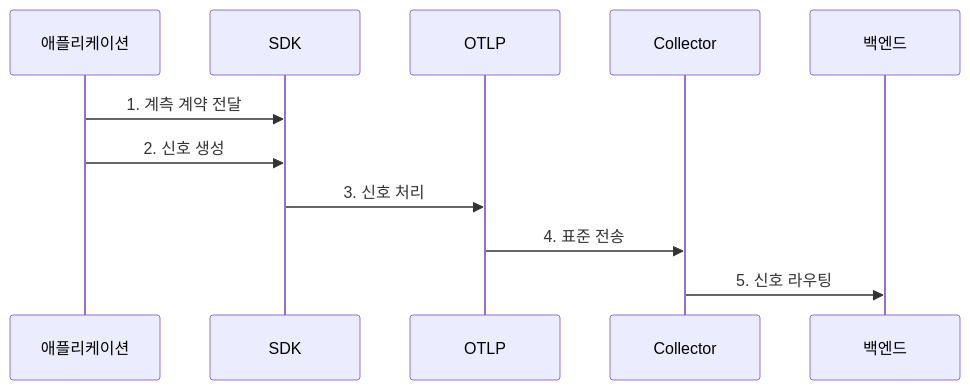
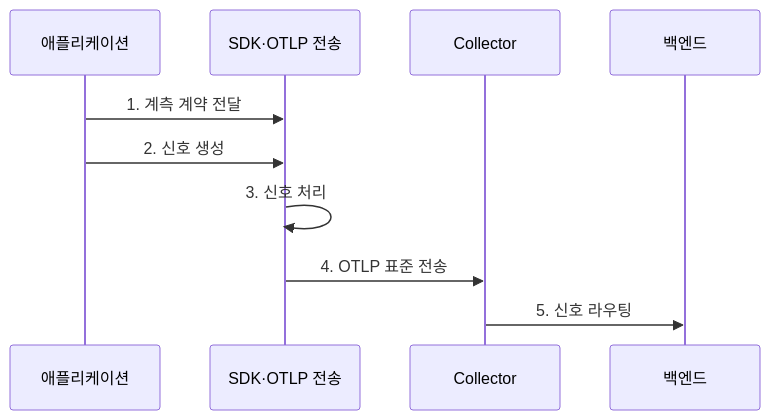
Before and after one commit to agnusdei1207/knowledge-base: the second of 2 diagrams in src/content/docs/notes/08-latest-tech/170_opentelemetry.md, drawn with Mermaid. The commit also changed 9 other files, not shown here.

Commit message:
Simplify distributed platform flows

````diff
--- a/src/content/docs/notes/08-latest-tech/170_opentelemetry.md
+++ b/src/content/docs/notes/08-latest-tech/170_opentelemetry.md
@@ -102,13 +102,12 @@
 ```mermaid
 sequenceDiagram
   participant A as 애플리케이션
-  participant S as SDK
-  participant P as OTLP
+    participant S as SDK·OTLP 전송
   participant C as Collector
   participant B as 백엔드
   A->>S: 1. 계측 계약 전달
   A->>S: 2. 신호 생성
-  S->>P: 3. 신호 처리
-  P->>C: 4. 표준 전송
+    S->>S: 3. 신호 처리
+    S->>C: 4. OTLP 표준 전송
   C->>B: 5. 신호 라우팅
 ```
````
